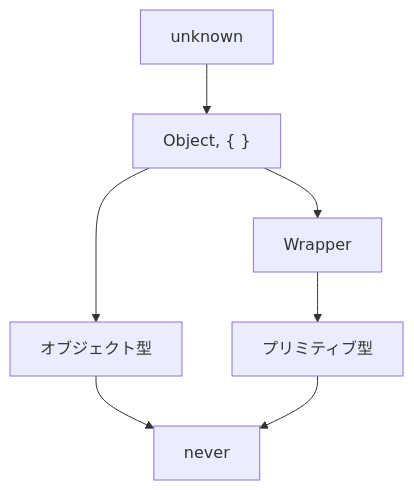
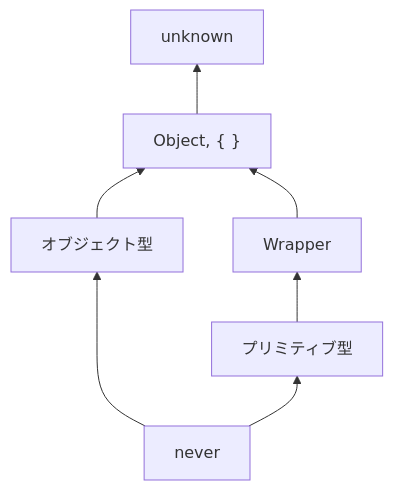
One commit to yo-goto/zenn-public-repo changed the ninth of 10 diagrams in articles/typescript-type-set-hierarchy.md. Above: the diagram before and after it, drawn with Mermaid. The commit also changed other lines of this file, not shown here.

Commit message:
🐛 fix(article): object型についての割当可能性の図を修正

````diff
--- a/articles/typescript-type-set-hierarchy.md
+++ b/articles/typescript-type-set-hierarchy.md
@@ -948,13 +950,11 @@
 ```mermaid
-graph TD
+graph BT
   U[unknown]
   N[never]
   O["Object, { }"]
   W[Wrapper]
   P[プリミティブ型]
   objs[オブジェクト型]
-  U --> O
-  O --> objs & W
-  objs --> N
-  W --> P --> N
+  N --> objs --> O --> U
+  N --> P --> W --> O
 ```
````
